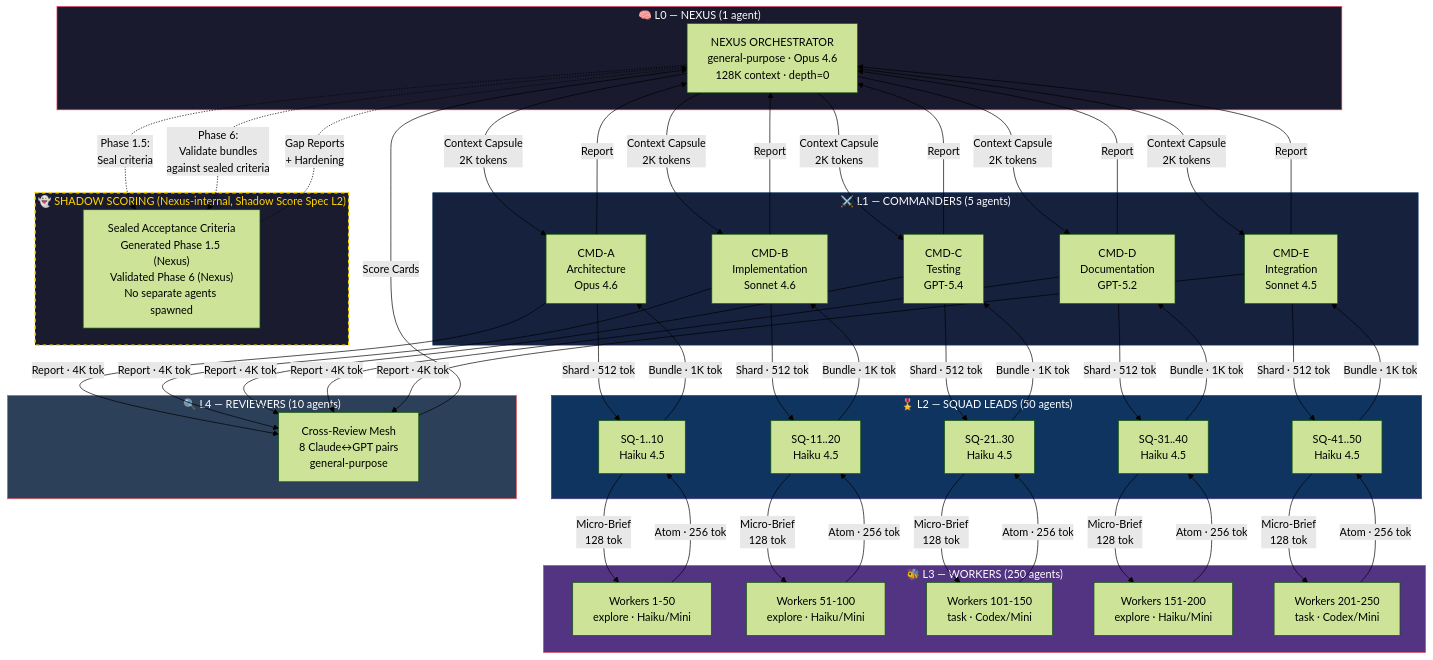
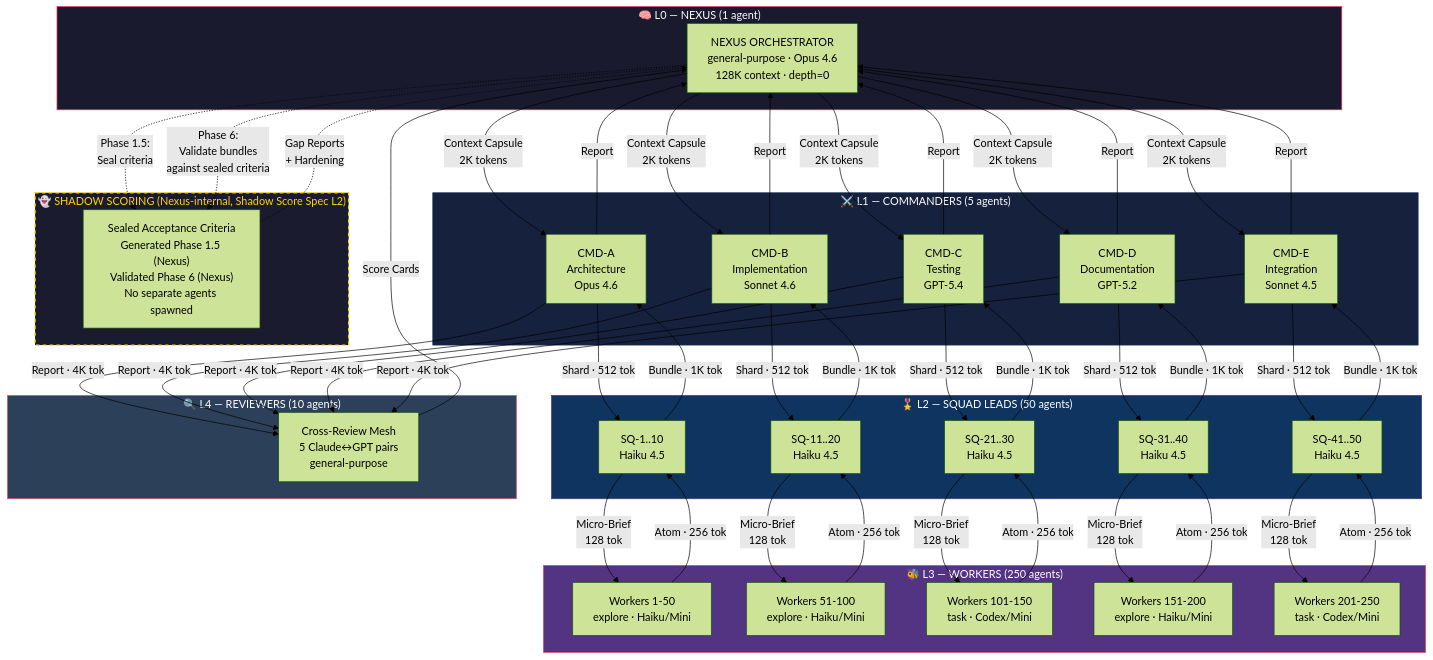
Before and after one commit to DUBSOpenHub/swarm-command: the first of 7 diagrams in docs/architecture-diagrams.md, drawn with Mermaid (forest theme). The commit also changed other lines of this file and 7 other files, not shown here.

```diff
--- a/docs/architecture-diagrams.md
+++ b/docs/architecture-diagrams.md
@@ -33,7 +33,7 @@
     end
 
     subgraph L4["🔍 L4 — REVIEWERS (10 agents)"]
-        REV["Cross-Review Mesh<br/>8 Claude↔GPT pairs<br/>general-purpose"]
+        REV["Cross-Review Mesh<br/>5 Claude↔GPT pairs<br/>general-purpose"]
     end
 
     subgraph SHADOW["👻 SHADOW SCORING (Nexus-internal, Shadow Score Spec L2)"]
```
